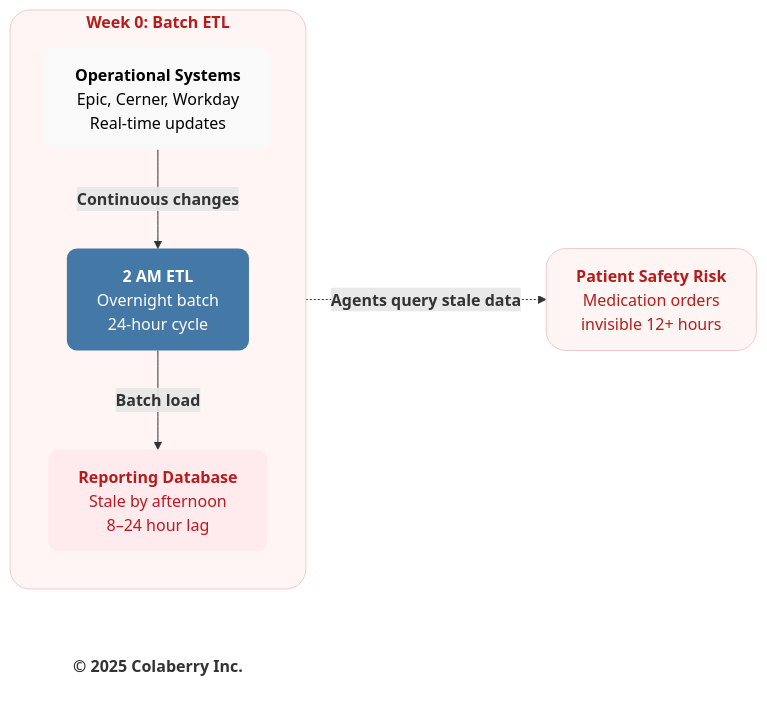
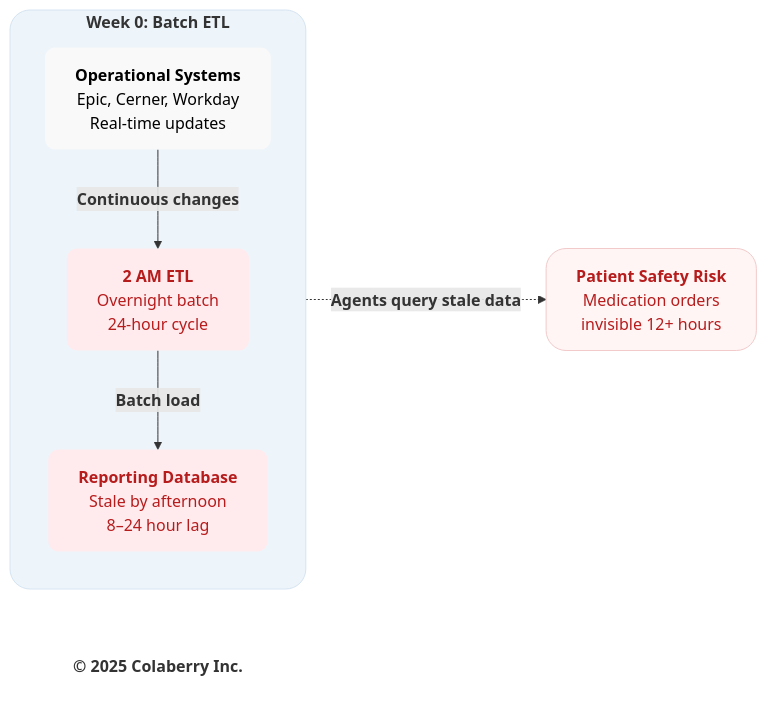
One commit to saitejesh-cyber/trust-before-intelligence-book changed the diagram in mermaid-source/figure-4-3.mmd. Above: the diagram before and after it, drawn with Mermaid. The commit also changed 21 other files, not shown here.

Commit message:
Address Ram feedback for Chapter 4-9 figure palette alignment

```diff
--- a/mermaid-source/figure-4-3.mmd
+++ b/mermaid-source/figure-4-3.mmd
@@ -1,22 +1,22 @@
 graph LR
     subgraph WEEK0["<b>Week 0: Batch ETL</b>"]
         direction TB
         OPS["<b>Operational Systems</b><br/>Epic, Cerner, Workday<br/>Real-time updates"]
         ETL["<b>2 AM ETL</b><br/>Overnight batch<br/>24-hour cycle"]
         REPORT["<b>Reporting Database</b><br/>Stale by afternoon<br/>8–24 hour lag"]
     end
     
     RISK["<b>Patient Safety Risk</b><br/>Medication orders<br/>invisible 12+ hours"]
     
     Copyright["<b>© 2025 Colaberry Inc.</b>"]
     
     OPS -->|<b>Continuous changes</b>| ETL
     ETL -->|<b>Batch load</b>| REPORT
     REPORT -.->|<b>Agents query stale data</b>| RISK
     
     style OPS fill:#f9f9f9,stroke:none,color:#000000,rx:10,ry:10
-    style ETL fill:#4478A6,stroke:none,color:#ffffff,rx:10,ry:10
+    style ETL fill:#ffebee,stroke:none,color:#b71c1c,rx:10,ry:10
     style REPORT fill:#ffebee,stroke:none,color:#b71c1c,rx:10,ry:10
     style RISK fill:#fff5f5,stroke:#f2caca,stroke-width:1px,color:#b71c1c,rx:20,ry:20
-    style WEEK0 fill:#fff5f5,stroke:#f2caca,stroke-width:1px,color:#b71c1c,rx:20,ry:20
+    style WEEK0 fill:#edf4fa,stroke:#d6e4f2,stroke-width:1px,color:#333333,rx:20,ry:20
     style Copyright fill:none,stroke:none,color:#333333
```
